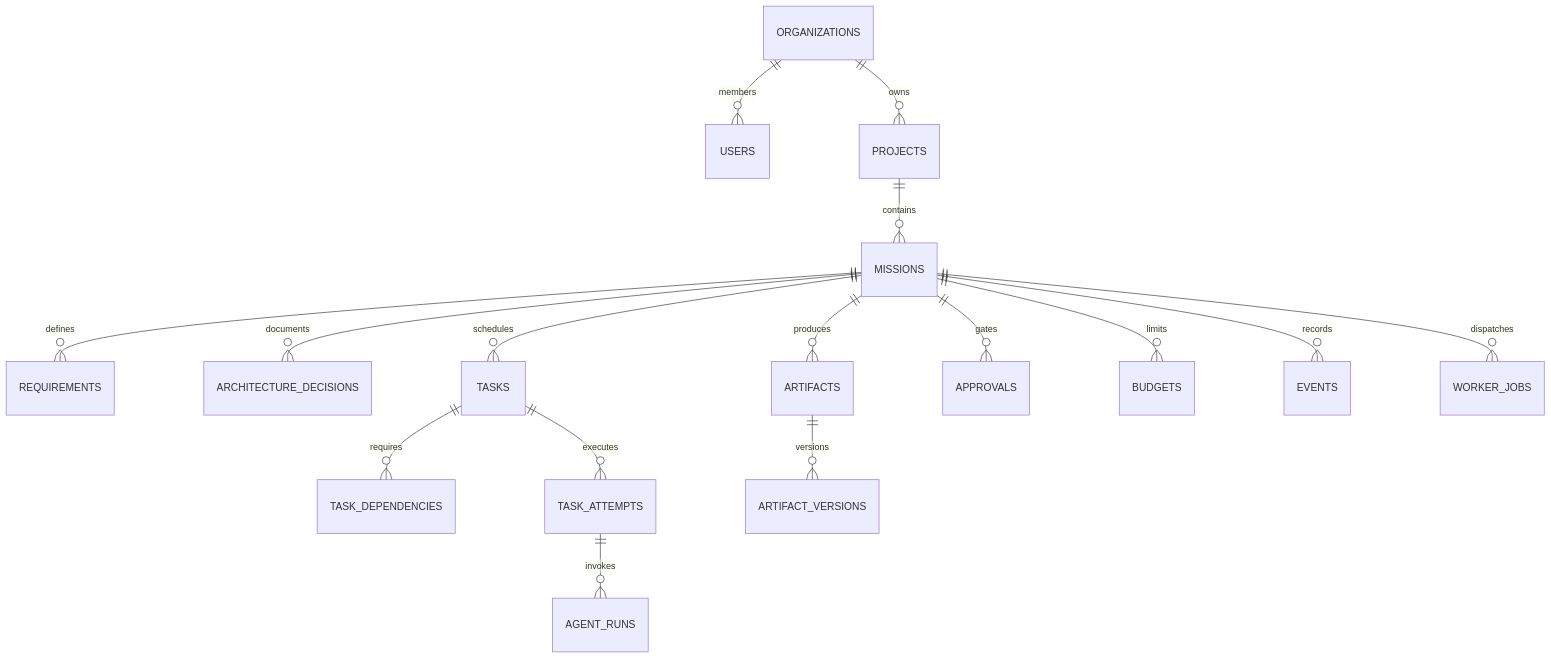
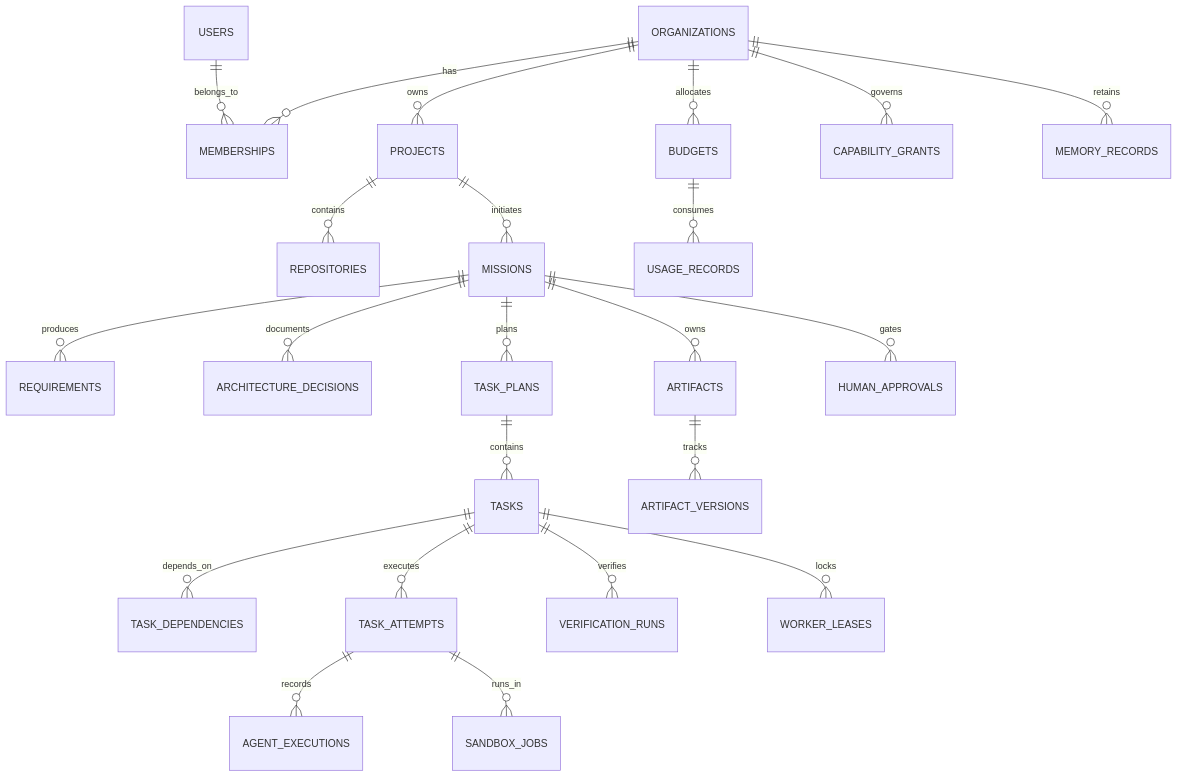
One commit to thedeepakreddy/SYNTRA changed the diagram in docs/architecture/database-design.md. Above: the diagram before and after it, drawn with Mermaid. The commit also changed other lines of this file and 18 other files, not shown here.

Commit message:
docs(phase-0): complete system architecture, component boundaries, database DDL, ADRs, contracts, and roadmap

````diff
--- a/docs/architecture/database-design.md
+++ b/docs/architecture/database-design.md
@@ -18,18 +21,25 @@
 ```mermaid
 erDiagram
-    ORGANIZATIONS ||--o{ USERS : members
+    ORGANIZATIONS ||--o{ MEMBERSHIPS : has
+    USERS ||--o{ MEMBERSHIPS : belongs_to
     ORGANIZATIONS ||--o{ PROJECTS : owns
-    PROJECTS ||--o{ MISSIONS : contains
-    MISSIONS ||--o{ REQUIREMENTS : defines
+    PROJECTS ||--o{ REPOSITORIES : contains
+    PROJECTS ||--o{ MISSIONS : initiates
+    MISSIONS ||--o{ REQUIREMENTS : produces
     MISSIONS ||--o{ ARCHITECTURE_DECISIONS : documents
-    MISSIONS ||--o{ TASKS : schedules
-    TASKS ||--o{ TASK_DEPENDENCIES : requires
+    MISSIONS ||--o{ TASK_PLANS : plans
+    TASK_PLANS ||--o{ TASKS : contains
+    TASKS ||--o{ TASK_DEPENDENCIES : depends_on
     TASKS ||--o{ TASK_ATTEMPTS : executes
-    TASK_ATTEMPTS ||--o{ AGENT_RUNS : invokes
-    MISSIONS ||--o{ ARTIFACTS : produces
-    ARTIFACTS ||--o{ ARTIFACT_VERSIONS : versions
-    MISSIONS ||--o{ APPROVALS : gates
-    MISSIONS ||--o{ BUDGETS : limits
-    MISSIONS ||--o{ EVENTS : records
-    MISSIONS ||--o{ WORKER_JOBS : dispatches
+    TASK_ATTEMPTS ||--o{ AGENT_EXECUTIONS : records
+    TASK_ATTEMPTS ||--o{ SANDBOX_JOBS : runs_in
+    MISSIONS ||--o{ ARTIFACTS : owns
+    ARTIFACTS ||--o{ ARTIFACT_VERSIONS : tracks
+    TASKS ||--o{ VERIFICATION_RUNS : verifies
+    TASKS ||--o{ WORKER_LEASES : locks
+    ORGANIZATIONS ||--o{ BUDGETS : allocates
+    BUDGETS ||--o{ USAGE_RECORDS : consumes
+    MISSIONS ||--o{ HUMAN_APPROVALS : gates
+    ORGANIZATIONS ||--o{ CAPABILITY_GRANTS : governs
+    ORGANIZATIONS ||--o{ MEMORY_RECORDS : retains
 ```
````
